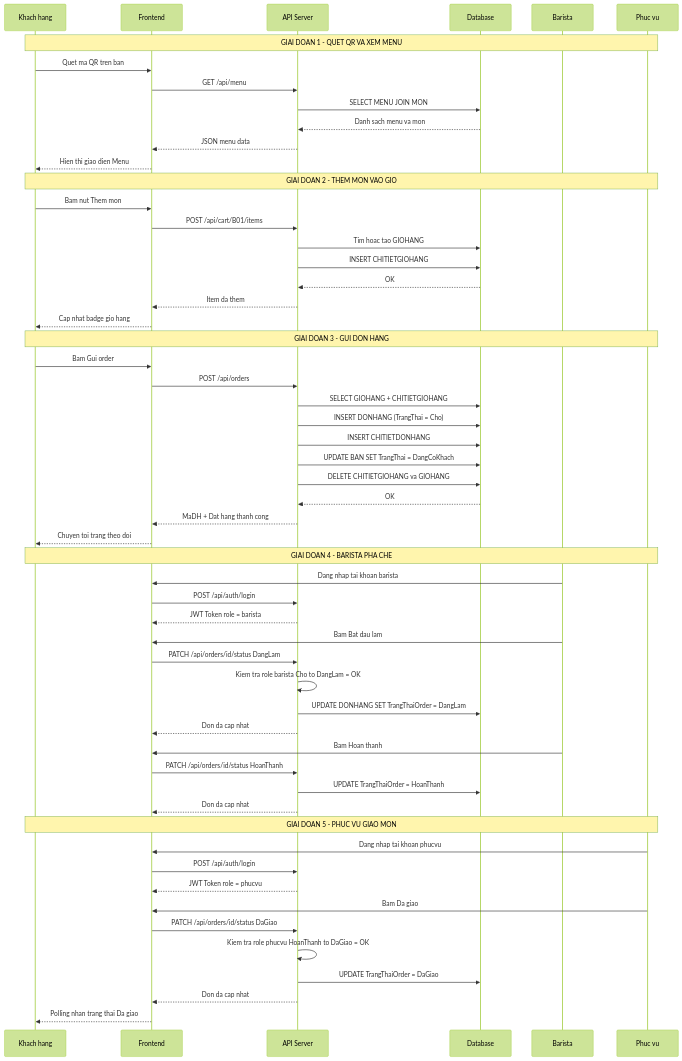
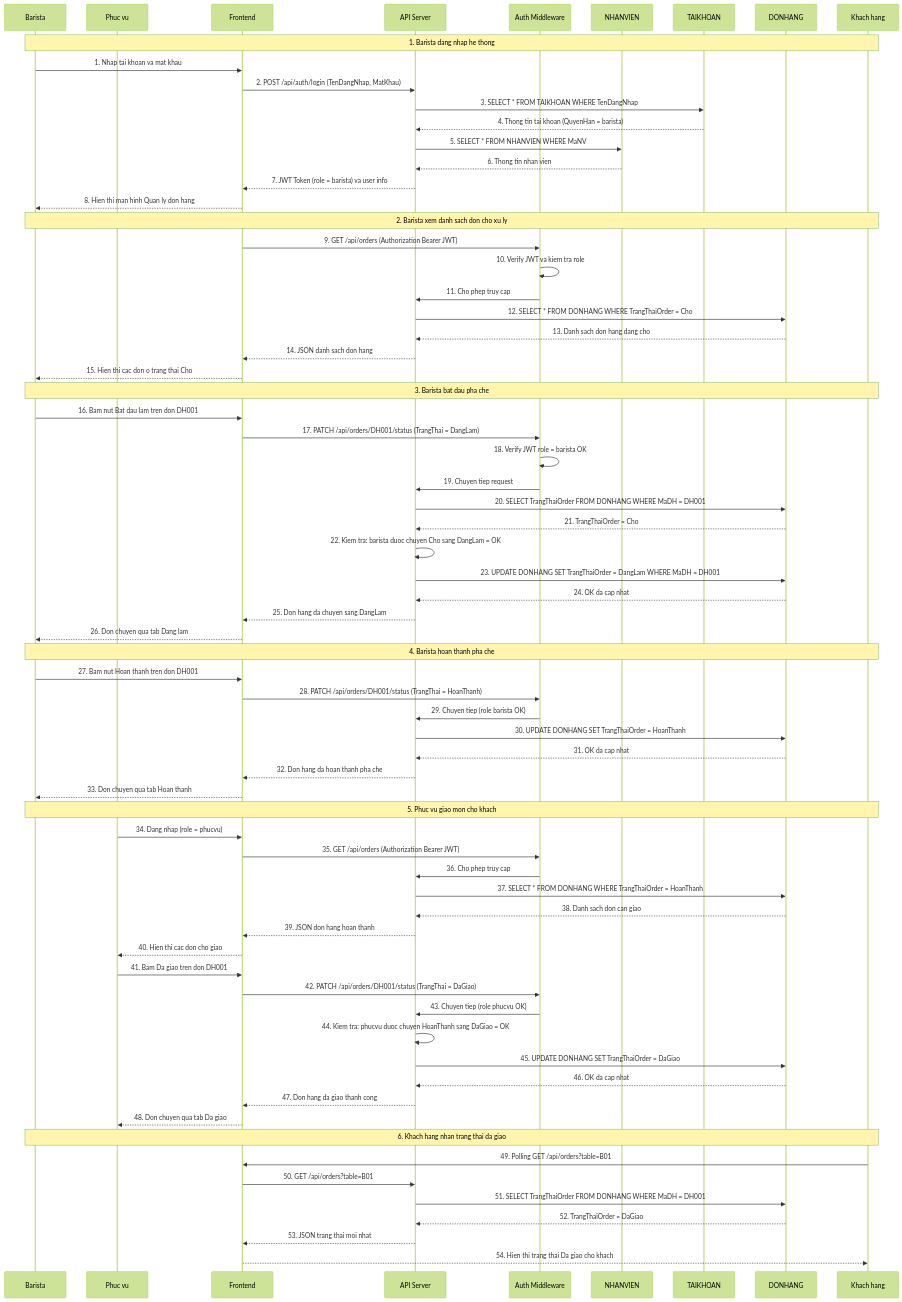
One commit to tahpnart8/demo-pttkht-Nhom2IT0001 changed the seventh of 10 diagrams in docs/so-do-he-thong.md. Above: the diagram before and after it, drawn with Mermaid (forest theme). The commit also changed other lines of this file, not shown here.

Commit message:
sửa sequence

````diff
--- a/docs/so-do-he-thong.md
+++ b/docs/so-do-he-thong.md
@@ -219,63 +292,78 @@
 ```mermaid
 sequenceDiagram
-    participant KH as Khach hang
+    participant BA as Barista
+    participant PV as Phuc vu
     participant FE as Frontend
     participant API as API Server
-    participant DB as Database
-    participant BA as Barista
-    participant PV as Phuc vu
+    participant MW as Auth Middleware
+    participant NV as NHANVIEN
+    participant TK as TAIKHOAN
+    participant DH as DONHANG
+    participant KH as Khach hang
 
-    Note over KH,PV: GIAI DOAN 1 - QUET QR VA XEM MENU
-    KH->>FE: Quet ma QR tren ban
-    FE->>API: GET /api/menu
-    API->>DB: SELECT MENU JOIN MON
-    DB-->>API: Danh sach menu va mon
-    API-->>FE: JSON menu data
-    FE-->>KH: Hien thi giao dien Menu
+    Note over BA,KH: 1. Barista dang nhap he thong
+    BA->>FE: 1. Nhap tai khoan va mat khau
+    FE->>API: 2. POST /api/auth/login (TenDangNhap, MatKhau)
+    API->>TK: 3. SELECT * FROM TAIKHOAN WHERE TenDangNhap
+    TK-->>API: 4. Thong tin tai khoan (QuyenHan = barista)
+    API->>NV: 5. SELECT * FROM NHANVIEN WHERE MaNV
+    NV-->>API: 6. Thong tin nhan vien
+    API-->>FE: 7. JWT Token (role = barista) va user info
+    FE-->>BA: 8. Hien thi man hinh Quan ly don hang
 
-    Note over KH,PV: GIAI DOAN 2 - THEM MON VAO GIO
-    KH->>FE: Bam nut Them mon
-    FE->>API: POST /api/cart/B01/items
-    API->>DB: Tim hoac tao GIOHANG
-    API->>DB: INSERT CHITIETGIOHANG
-    DB-->>API: OK
-    API-->>FE: Item da them
-    FE-->>KH: Cap nhat badge gio hang
+    Note over BA,KH: 2. Barista xem danh sach don cho xu ly
+    FE->>MW: 9. GET /api/orders (Authorization Bearer JWT)
+    MW->>MW: 10. Verify JWT va kiem tra role
+    MW->>API: 11. Cho phep truy cap
+    API->>DH: 12. SELECT * FROM DONHANG WHERE TrangThaiOrder = Cho
+    DH-->>API: 13. Danh sach don hang dang cho
+    API-->>FE: 14. JSON danh sach don hang
+    FE-->>BA: 15. Hien thi cac don o trang thai Cho
 
-    Note over KH,PV: GIAI DOAN 3 - GUI DON HANG
-    KH->>FE: Bam Gui order
-    FE->>API: POST /api/orders
-    API->>DB: SELECT GIOHANG + CHITIETGIOHANG
-    API->>DB: INSERT DONHANG (TrangThai = Cho)
-    API->>DB: INSERT CHITIETDONHANG
-    API->>DB: UPDATE BAN SET TrangThai = DangCoKhach
-    API->>DB: DELETE CHITIETGIOHANG va GIOHANG
-    DB-->>API: OK
-    API-->>FE: MaDH + Dat hang thanh cong
-    FE-->>KH: Chuyen toi trang theo doi
+    Note over BA,KH: 3. Barista bat dau pha che
+    BA->>FE: 16. Bam nut Bat dau lam tren don DH001
+    FE->>MW: 17. PATCH /api/orders/DH001/status (TrangThai = DangLam)
+    MW->>MW: 18. Verify JWT role = barista OK
+    MW->>API: 19. Chuyen tiep request
+    API->>DH: 20. SELECT TrangThaiOrder FROM DONHANG WHERE MaDH = DH001
+    DH-->>API: 21. TrangThaiOrder = Cho
+    API->>API: 22. Kiem tra: barista duoc chuyen Cho sang DangLam = OK
+    API->>DH: 23. UPDATE DONHANG SET TrangThaiOrder = DangLam WHERE MaDH = DH001
+    DH-->>API: 24. OK da cap nhat
+    API-->>FE: 25. Don hang da chuyen sang DangLam
+    FE-->>BA: 26. Don chuyen qua tab Dang lam
 
-    Note over KH,PV: GIAI DOAN 4 - BARISTA PHA CHE
-    BA->>FE: Dang nhap tai khoan barista
-    FE->>API: POST /api/auth/login
-    API-->>FE: JWT Token role = barista
-    BA->>FE: Bam Bat dau lam
-    FE->>API: PATCH /api/orders/id/status DangLam
-    API->>API: Kiem tra role barista Cho to DangLam = OK
-    API->>DB: UPDATE DONHANG SET TrangThaiOrder = DangLam
-    API-->>FE: Don da cap nhat
-    BA->>FE: Bam Hoan thanh
-    FE->>API: PATCH /api/orders/id/status HoanThanh
-    API->>DB: UPDATE TrangThaiOrder = HoanThanh
-    API-->>FE: Don da cap nhat
+    Note over BA,KH: 4. Barista hoan thanh pha che
+    BA->>FE: 27. Bam nut Hoan thanh tren don DH001
+    FE->>MW: 28. PATCH /api/orders/DH001/status (TrangThai = HoanThanh)
+    MW->>API: 29. Chuyen tiep (role barista OK)
+    API->>DH: 30. UPDATE DONHANG SET TrangThaiOrder = HoanThanh
+    DH-->>API: 31. OK da cap nhat
+    API-->>FE: 32. Don hang da hoan thanh pha che
+    FE-->>BA: 33. Don chuyen qua tab Hoan thanh
 
-    Note over KH,PV: GIAI DOAN 5 - PHUC VU GIAO MON
-    PV->>FE: Dang nhap tai khoan phucvu
-    FE->>API: POST /api/auth/login
-    API-->>FE: JWT Token role = phucvu
-    PV->>FE: Bam Da giao
-    FE->>API: PATCH /api/orders/id/status DaGiao
-    API->>API: Kiem tra role phucvu HoanThanh to DaGiao = OK
-    API->>DB: UPDATE TrangThaiOrder = DaGiao
-    API-->>FE: Don da cap nhat
-    FE-->>KH: Polling nhan trang thai Da giao
+    Note over BA,KH: 5. Phuc vu giao mon cho khach
+    PV->>FE: 34. Dang nhap (role = phucvu)
+    FE->>MW: 35. GET /api/orders (Authorization Bearer JWT)
+    MW->>API: 36. Cho phep truy cap
+    API->>DH: 37. SELECT * FROM DONHANG WHERE TrangThaiOrder = HoanThanh
+    DH-->>API: 38. Danh sach don can giao
+    API-->>FE: 39. JSON don hang hoan thanh
+    FE-->>PV: 40. Hien thi cac don cho giao
+    PV->>FE: 41. Bam Da giao tren don DH001
+    FE->>MW: 42. PATCH /api/orders/DH001/status (TrangThai = DaGiao)
+    MW->>API: 43. Chuyen tiep (role phucvu OK)
+    API->>API: 44. Kiem tra: phucvu duoc chuyen HoanThanh sang DaGiao = OK
+    API->>DH: 45. UPDATE DONHANG SET TrangThaiOrder = DaGiao
+    DH-->>API: 46. OK da cap nhat
+    API-->>FE: 47. Don hang da giao thanh cong
+    FE-->>PV: 48. Don chuyen qua tab Da giao
+
+    Note over BA,KH: 6. Khach hang nhan trang thai da giao
+    KH->>FE: 49. Polling GET /api/orders?table=B01
+    FE->>API: 50. GET /api/orders?table=B01
+    API->>DH: 51. SELECT TrangThaiOrder FROM DONHANG WHERE MaDH = DH001
+    DH-->>API: 52. TrangThaiOrder = DaGiao
+    API-->>FE: 53. JSON trang thai moi nhat
+    FE-->>KH: 54. Hien thi trang thai Da giao cho khach
 ```
````
